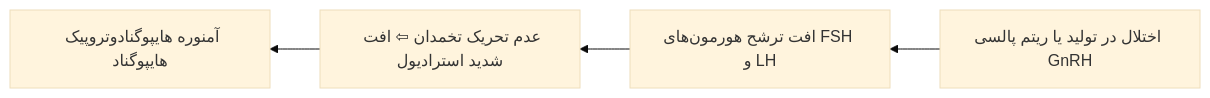
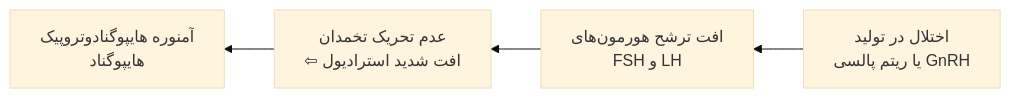
Before and after one commit to neopulse-hub/TUMS-1402-1-neo: the eighth of 10 diagrams in 07/مبانی غدد/آمنوره و هیرسوتیسم.md, drawn with Mermaid (base theme). The commit also changed other lines of this file, not shown here.

Commit message:
Update آمنوره و هیرسوتیسم.md

````diff
--- a/07/مبانی غدد/آمنوره و هیرسوتیسم.md
+++ b/07/مبانی غدد/آمنوره و هیرسوتیسم.md
@@ -264,6 +274,9 @@
 ```mermaid
 flowchart RL
-    HypoCenter[اختلال در تولید یا ریتم پالسی GnRH] --> LowTropins[افت ترشح هورمون‌های FSH و LH]
-    LowTropins --> LowE2[عدم تحریک تخمدان ⇦ افت شدید استرادیول]
-    LowE2 --> Amenorrhea[آمنوره هایپوگنادوتروپیک هایپوگناد]
+
+HypoCenter[اختلال در تولید<br>یا ریتم پالسی GnRH] --> LowTropins[افت ترشح هورمون‌های<br>FSH و LH]
+
+LowTropins --> LowE2[عدم تحریک تخمدان<br>⇦ افت شدید استرادیول]
+
+LowE2 --> Amenorrhea[آمنوره هایپوگنادوتروپیک<br>هایپوگناد]
 ```
````
